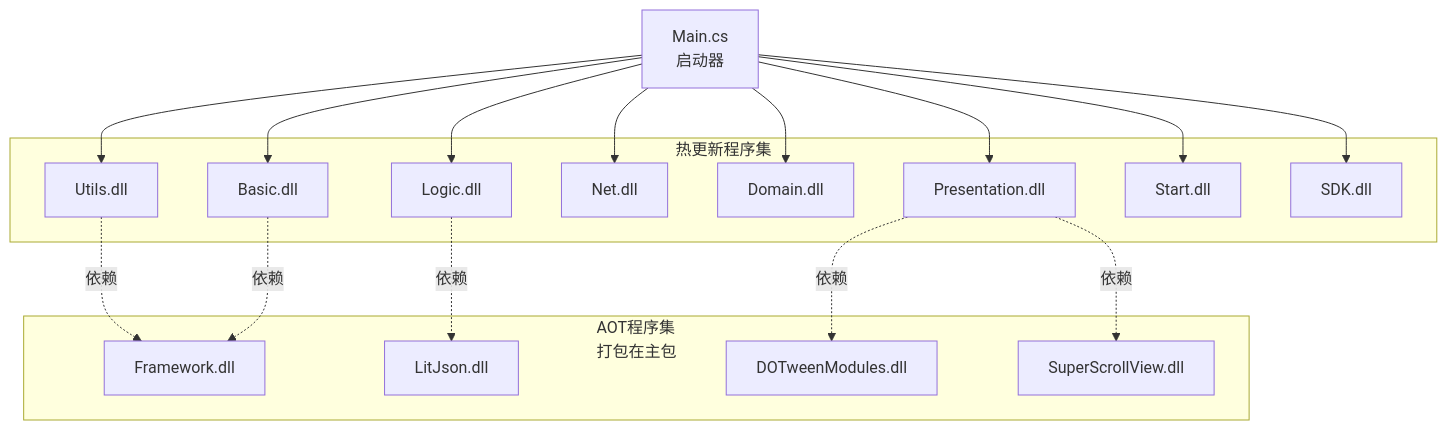
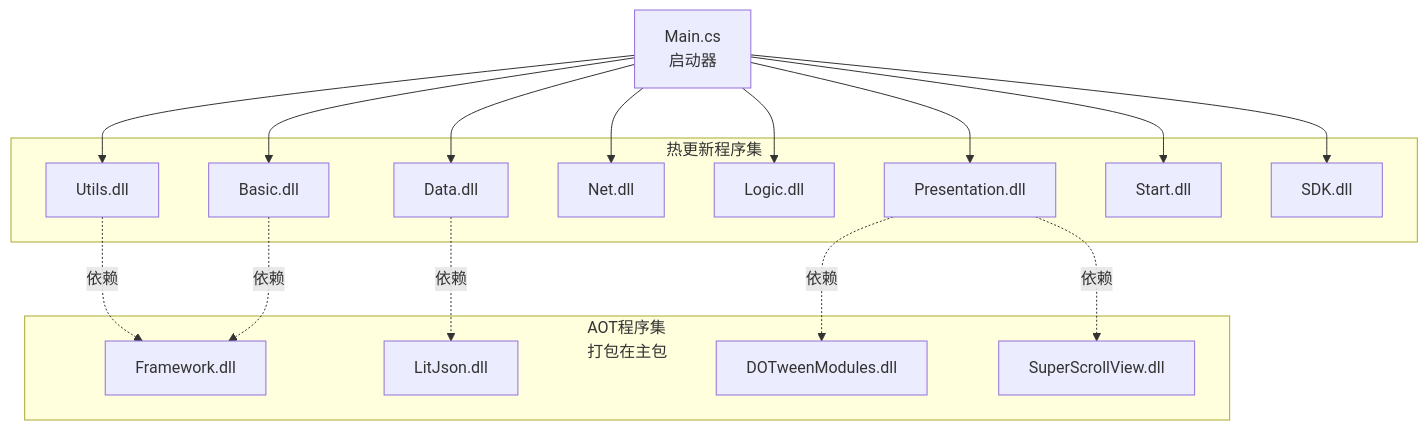
The fifth of 6 diagrams in Documents/Architecture/客户端分层架构.md (zlex001/LOA-Client), drawn with Mermaid before and after one commit. The commit also changed other lines of this file and 54 other files, not shown here.

````diff
--- a/Documents/Architecture/客户端分层架构.md
+++ b/Documents/Architecture/客户端分层架构.md
@@ -838,35 +838,35 @@
 ```mermaid
 graph TB
     subgraph HotUpdate[热更新程序集]
         Utils[Utils.dll]
         Basic[Basic.dll]
+        Data[Data.dll]
+        Net[Net.dll]
         Logic[Logic.dll]
-        Net[Net.dll]
-        Domain[Domain.dll]
         Presentation[Presentation.dll]
         Start[Start.dll]
         SDK[SDK.dll]
     end
     
     subgraph AOT[AOT程序集<br/>打包在主包]
         Framework[Framework.dll]
         LitJson[LitJson.dll]
         DOTween[DOTweenModules.dll]
         SuperScroll[SuperScrollView.dll]
     end
     
     Main[Main.cs<br/>启动器] --> Utils
     Main --> Basic
+    Main --> Data
+    Main --> Net
     Main --> Logic
-    Main --> Net
-    Main --> Domain
     Main --> Presentation
     Main --> Start
     Main --> SDK
     
     Utils -.依赖.-> Framework
     Basic -.依赖.-> Framework
-    Logic -.依赖.-> LitJson
+    Data -.依赖.-> LitJson
     Presentation -.依赖.-> DOTween
     Presentation -.依赖.-> SuperScroll
 ```
````
